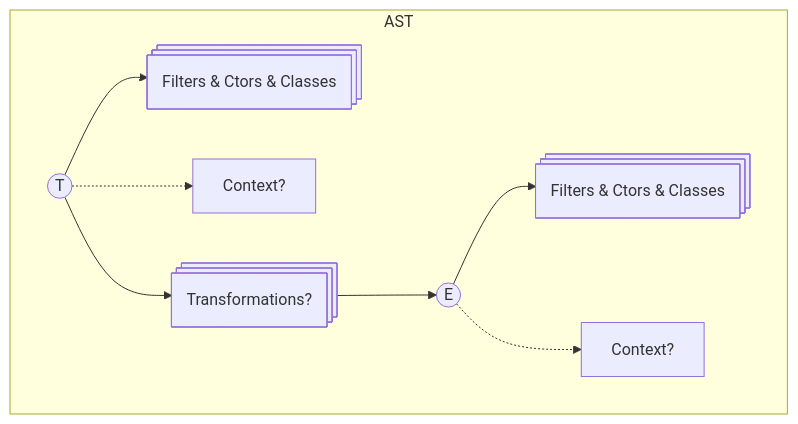
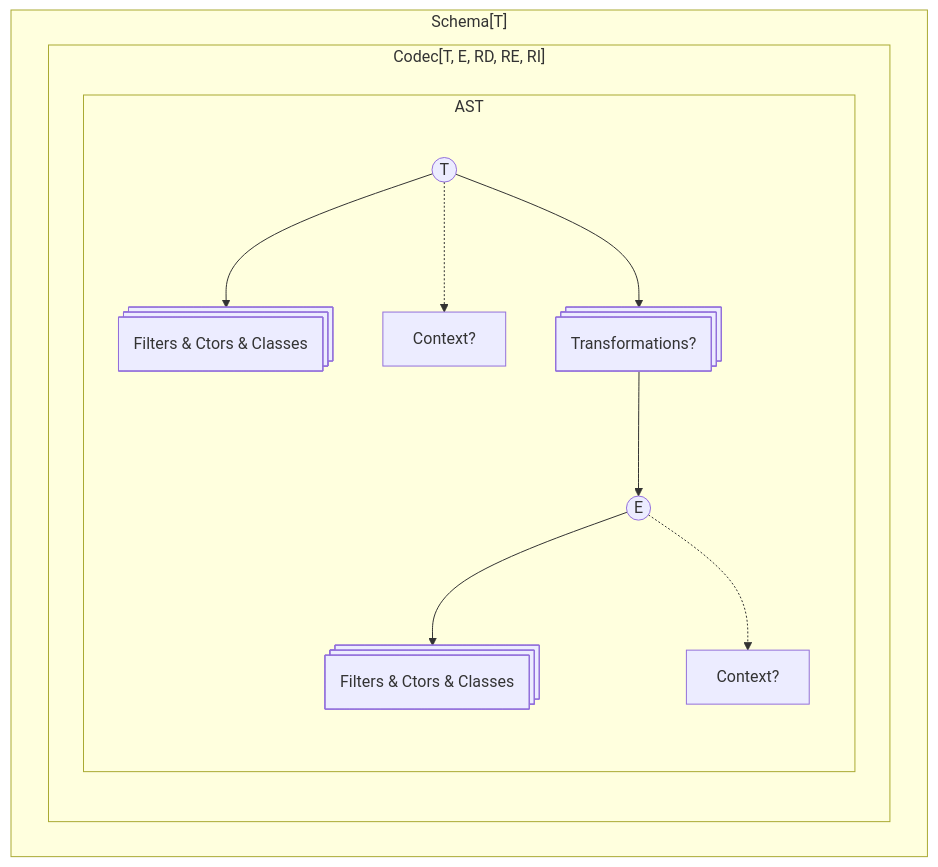
The first of 3 diagrams in SCHEMA.md (Effect-TS/effect-smol), drawn with Mermaid before and after one commit. The commit also changed other lines of this file and 4 other files, not shown here.

````diff
--- a/SCHEMA.md
+++ b/SCHEMA.md
@@ -5,16 +5,20 @@
 ```mermaid
 flowchart TD
+  subgraph "Schema[T]"
+  subgraph "Codec[T, E, RD, RE, RI]"
   subgraph AST
     E@{ shape: circle, label: "E" }
     ModifiersT@{ shape: procs, label: "Filters & Ctors & Classes"}
     ModifiersE@{ shape: procs, label: "Filters & Ctors & Classes"}
     Transformations@{ shape: procs, label: "Transformations?"}
     T@{ shape: circle, label: "T" }
     T --> ModifiersT
     T .-> TC[Context?]
     E --> ModifiersE
     T --> Transformations
     E .-> EC[Context?]
     Transformations --> E
   end
+  end
+  end
 ```
````
